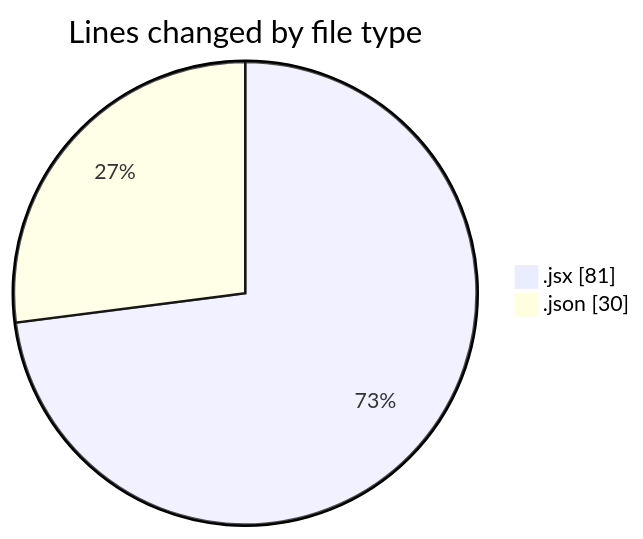
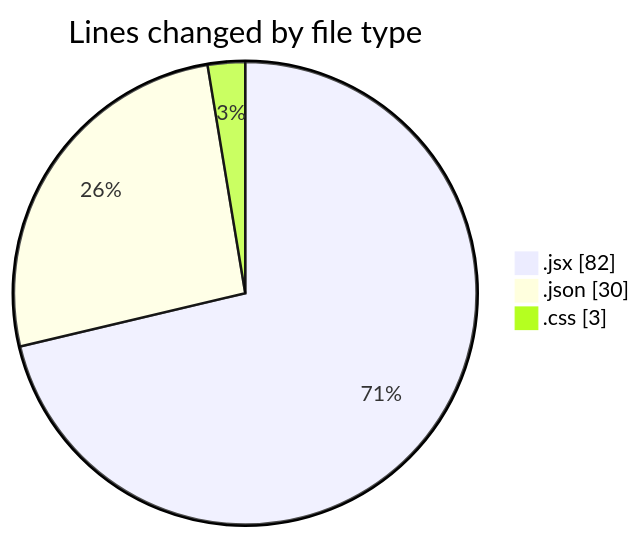
The first of 2 diagrams in 2025-01-30/react/README.md (Elitesun/code-tracking), drawn with Mermaid before and after one commit. The commit also changed other lines of this file and 1 other file, not shown here.

````diff
--- a/2025-01-30/react/README.md
+++ b/2025-01-30/react/README.md
@@ -22,6 +23,7 @@
 ```mermaid
 pie showData
 title Lines changed by file type
-".jsx" : 81
+".jsx" : 82
 ".json" : 30
+".css" : 3
 ```
````
